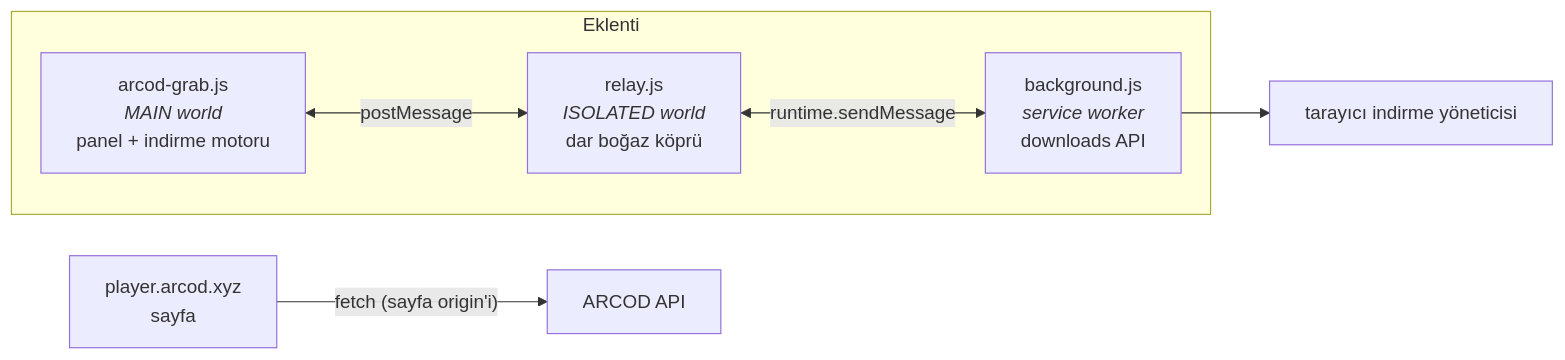
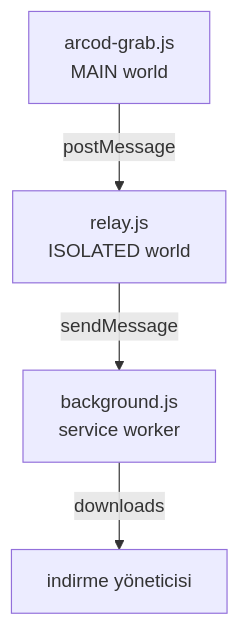
One commit to ConquerorX/arcodownloader changed the diagram in README.md. Above: the diagram before and after it, drawn with Mermaid.

Commit message:
README: mimari semasini netlestir

````diff
--- a/README.md
+++ b/README.md
@@ -132,12 +132,11 @@
 ```mermaid
-flowchart LR
-    P["player.arcod.xyz<br/>sayfa"] -->|"fetch (sayfa origin'i)"| S["ARCOD API"]
-    subgraph EXT["Eklenti"]
-        A["arcod-grab.js<br/><i>MAIN world</i><br/>panel + indirme motoru"]
-        R["relay.js<br/><i>ISOLATED world</i><br/>dar boğaz köprü"]
-        B["background.js<br/><i>service worker</i><br/>downloads API"]
-        A <-->|"postMessage"| R
-        R <-->|"runtime.sendMessage"| B
-    end
-    B --> D["tarayıcı indirme yöneticisi"]
+flowchart TD
+    A["arcod-grab.js<br/>MAIN world"]
+    R["relay.js<br/>ISOLATED world"]
+    B["background.js<br/>service worker"]
+    D["indirme yöneticisi"]
+
+    A -->|postMessage| R
+    R -->|sendMessage| B
+    B -->|downloads| D
 ```
````
